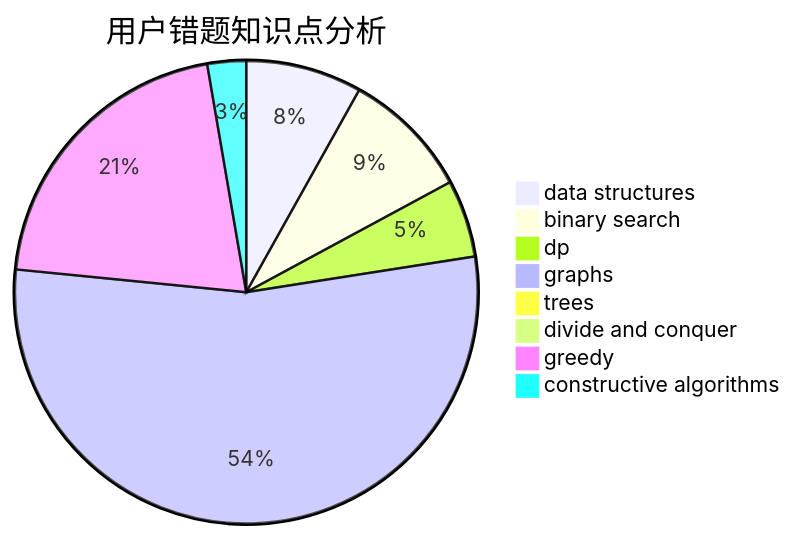
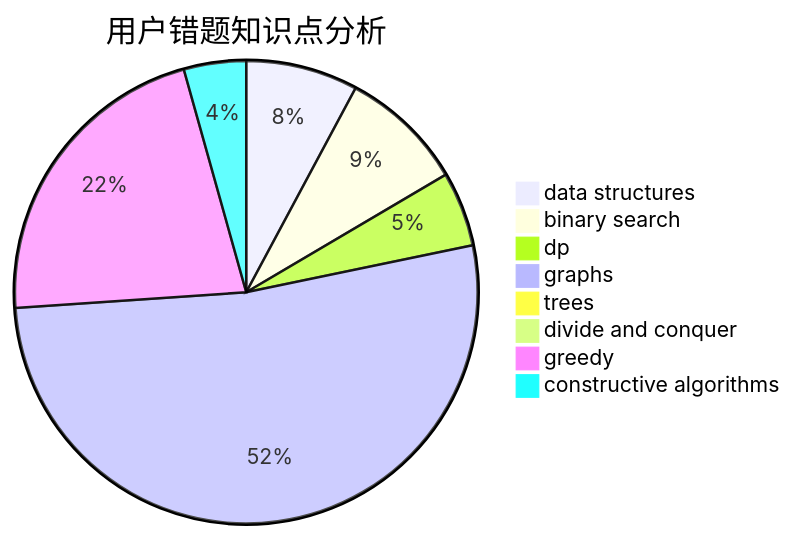
One commit to sherpahu/cfrs.github.io changed the third of 3 diagrams in docs/user/u1680.md. Above: the diagram before and after it, drawn with Mermaid. The commit also changed other lines of this file and 2770 other files, not shown here.

````diff
--- a/docs/user/u1680.md
+++ b/docs/user/u1680.md
@@ -36,11 +36,11 @@
 ```mermaid
 pie title 用户错题知识点分析
     "data structures" :  9
     "binary search" :  10
     "dp" :  6
     "graphs" :  60
     "trees" :  0
     "divide and conquer" :  0
-    "greedy" :  23
-    "constructive algorithms" :  3
+    "greedy" :  25
+    "constructive algorithms" :  5
 ```
````
